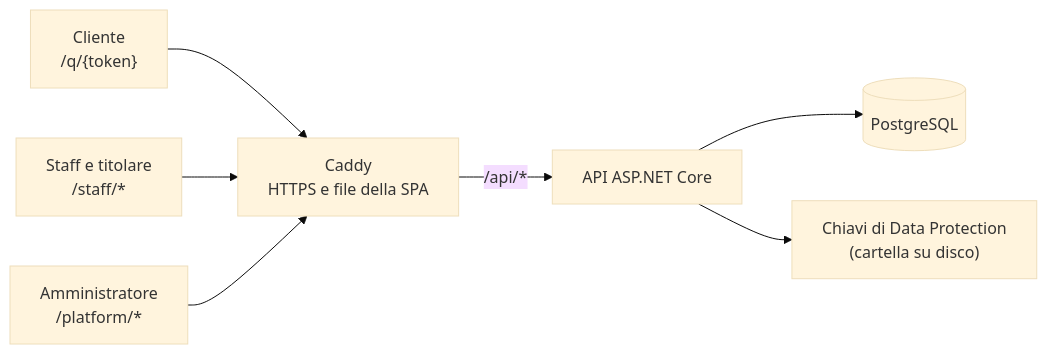
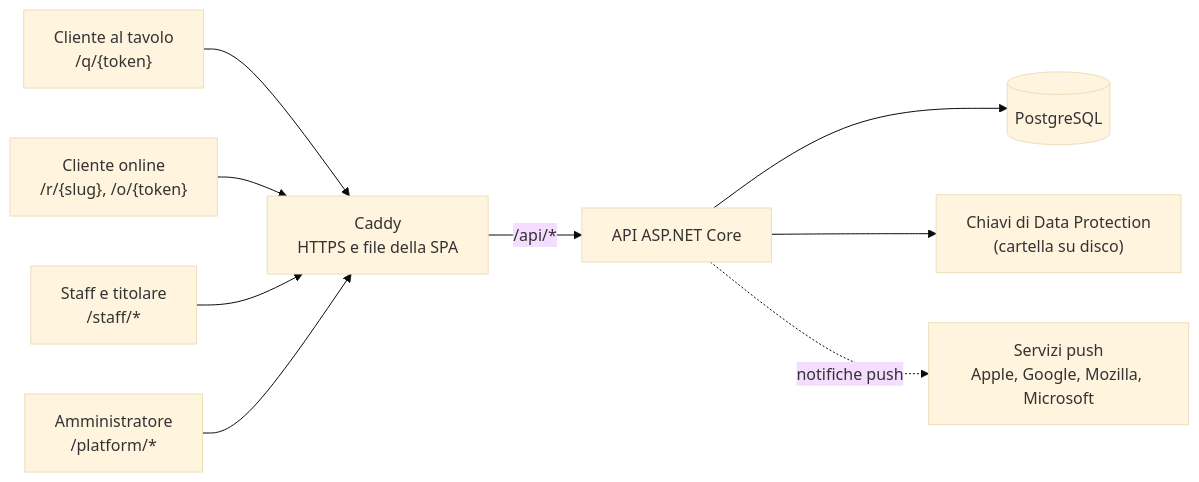
Before and after one commit to lorenzoyang/TavoloFlow: the first of 5 diagrams in docs/it/development-notes.md, drawn with Mermaid (base theme). The commit also changed other lines of this file and 2 other files, not shown here.

Commit message:
docs: online ordering in development notes

````diff
--- a/docs/it/development-notes.md
+++ b/docs/it/development-notes.md
@@ -97,9 +105,11 @@
 ```mermaid
 flowchart LR
-  G["Cliente<br>/q/{token}"] --> C
+  G["Cliente al tavolo<br>/q/{token}"] --> C
+  O["Cliente online<br>/r/{slug}, /o/{token}"] --> C
   S["Staff e titolare<br>/staff/*"] --> C
   P["Amministratore<br>/platform/*"] --> C
   C["Caddy<br>HTTPS e file della SPA"] -->|"/api/*"| A["API ASP.NET Core"]
   A --> D[("PostgreSQL")]
   A --> K["Chiavi di Data Protection<br>(cartella su disco)"]
+  A -.->|"notifiche push"| N["Servizi push<br>Apple, Google, Mozilla, Microsoft"]
 ```
````
